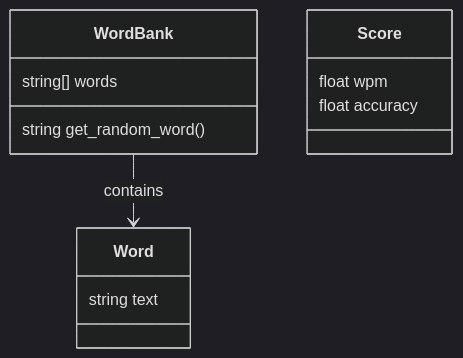
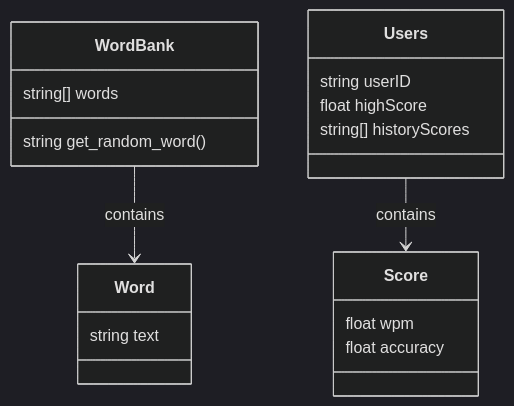
Before and after one commit to jasdhillon99/tippitytappity-design: the diagram in README.md, drawn with Mermaid (dark theme).

````diff
--- a/README.md
+++ b/README.md
@@ -8,19 +8,26 @@
 ```mermaid
 classDiagram
 class WordBank{
   string[] words 
   string get_random_word()
 }
 
 class Word{
   string text
 }
 
 class Score{
   float wpm
   float accuracy
 }
 
 WordBank --> Word : contains
 
+class Users{
+  string userID
+  float highScore
+  string[] historyScores
+
+}
+Users --> Score : contains
 ```
````
